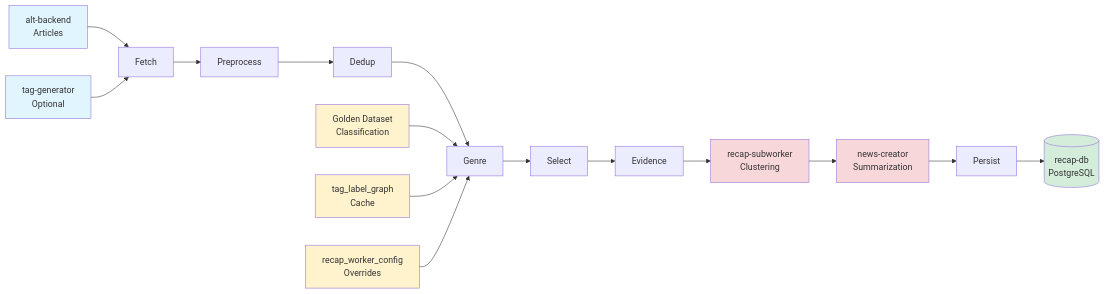
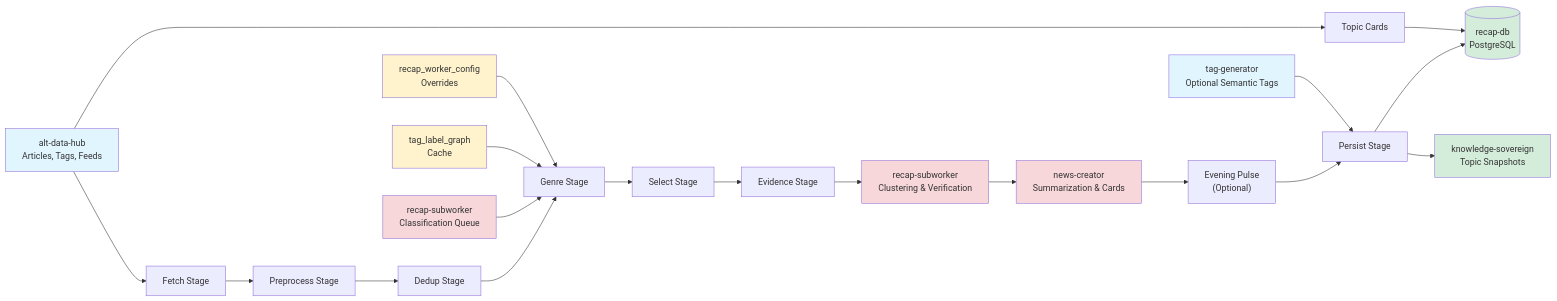
The sixth of 6 diagrams in recap-worker/recap-worker/PIPELINE_FLOW.md (Kaikei-e/Alt), drawn with Mermaid before and after one commit. The commit also changed other lines of this file and 4 other files, not shown here.

Commit message:
docs: refresh architecture, recap pipeline and testing diagrams

````diff
--- a/recap-worker/recap-worker/PIPELINE_FLOW.md
+++ b/recap-worker/recap-worker/PIPELINE_FLOW.md
@@ -238,32 +289,37 @@
 ```mermaid
 flowchart LR
-    AltBackend[alt-backend<br/>Articles] --> Fetch[Fetch]
-    TagGen[tag-generator<br/>Optional] --> Fetch
+    AltDataHub["alt-data-hub<br/>Articles, Tags, Feeds"] --> Fetch["Fetch Stage"]
+    AltDataHub --> Cards["Topic Cards"]
 
-    Fetch --> Preprocess[Preprocess]
-    Preprocess --> Dedup[Dedup]
-    Dedup --> Genre[Genre]
+    Fetch --> Preprocess["Preprocess Stage"]
+    Preprocess --> Dedup["Dedup Stage"]
+    Dedup --> Genre["Genre Stage"]
 
-    Genre --> Select[Select]
-    Select --> Evidence[Evidence]
+    Genre --> Select["Select Stage"]
+    Select --> Evidence["Evidence Stage"]
 
-    Evidence --> Subworker[recap-subworker<br/>Clustering]
-    Subworker --> NewsCreator[news-creator<br/>Summarization]
+    Evidence --> Subworker["recap-subworker<br/>Clustering &amp; Verification"]
+    Subworker --> NewsCreator["news-creator<br/>Summarization &amp; Cards"]
 
-    NewsCreator --> Persist[Persist]
+    NewsCreator --> Pulse["Evening Pulse<br/>(Optional)"]
+    Pulse --> Persist["Persist Stage"]
 
-    Persist --> RecapDB[(recap-db<br/>PostgreSQL)]
+    Persist --> RecapDB[("recap-db<br/>PostgreSQL")]
+    Cards --> RecapDB
+    Persist --> Sovereign["knowledge-sovereign<br/>Topic Snapshots"]
 
-    Golden[Golden Dataset<br/>Classification] --> Genre
-    GraphCache[tag_label_graph<br/>Cache] --> Genre
-    Config[recap_worker_config<br/>Overrides] --> Genre
+    SubworkerQueue["recap-subworker<br/>Classification Queue"] --> Genre
+    GraphCache["tag_label_graph<br/>Cache"] --> Genre
+    Config["recap_worker_config<br/>Overrides"] --> Genre
+    TagGen["tag-generator<br/>Optional Semantic Tags"] --> Persist
 
-    style AltBackend fill:#e1f5ff
-    style TagGen fill:#e1f5ff
+    style AltDataHub fill:#e1f5ff
     style Subworker fill:#f8d7da
+    style SubworkerQueue fill:#f8d7da
     style NewsCreator fill:#f8d7da
     style RecapDB fill:#d4edda
-    style Golden fill:#fff3cd
+    style Sovereign fill:#d4edda
+    style TagGen fill:#e1f5ff
     style GraphCache fill:#fff3cd
     style Config fill:#fff3cd
 ```
````
